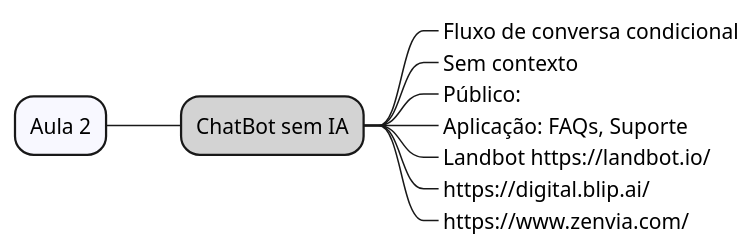
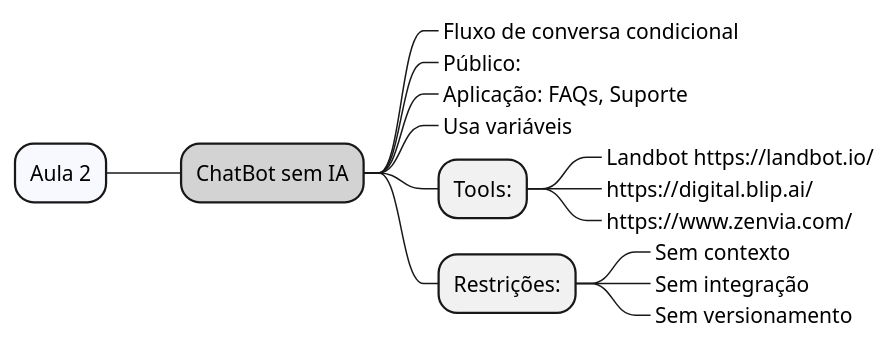
Before and after one commit to acnaweb/chatbot: the diagram in docs/src/aula2.wsd, drawn with PlantUML. The commit also changed 1 other file, not shown here.

```diff
--- a/docs/src/aula2.wsd
+++ b/docs/src/aula2.wsd
@@ -1,17 +1,25 @@
 @startmindmap
 
 *[#F8F8FF] Aula 2
 
 **[#LightGray] ChatBot sem IA
 
 ***_ Fluxo de conversa condicional
-***_ Sem contexto
 ***_ Público: 
 ***_ Aplicação: FAQs, Suporte
-***_ Landbot https://landbot.io/
-***_ https://digital.blip.ai/
-***_ https://www.zenvia.com/
+***_ Usa variáveis
+
+*** Tools:
+****_ Landbot https://landbot.io/
+****_ https://digital.blip.ai/
+****_ https://www.zenvia.com/
+
+*** Restrições:
+****_ Sem contexto
+****_ Sem integração
+****_ Sem versionamento
+
 
 left side
 
 @endmindmap
```
